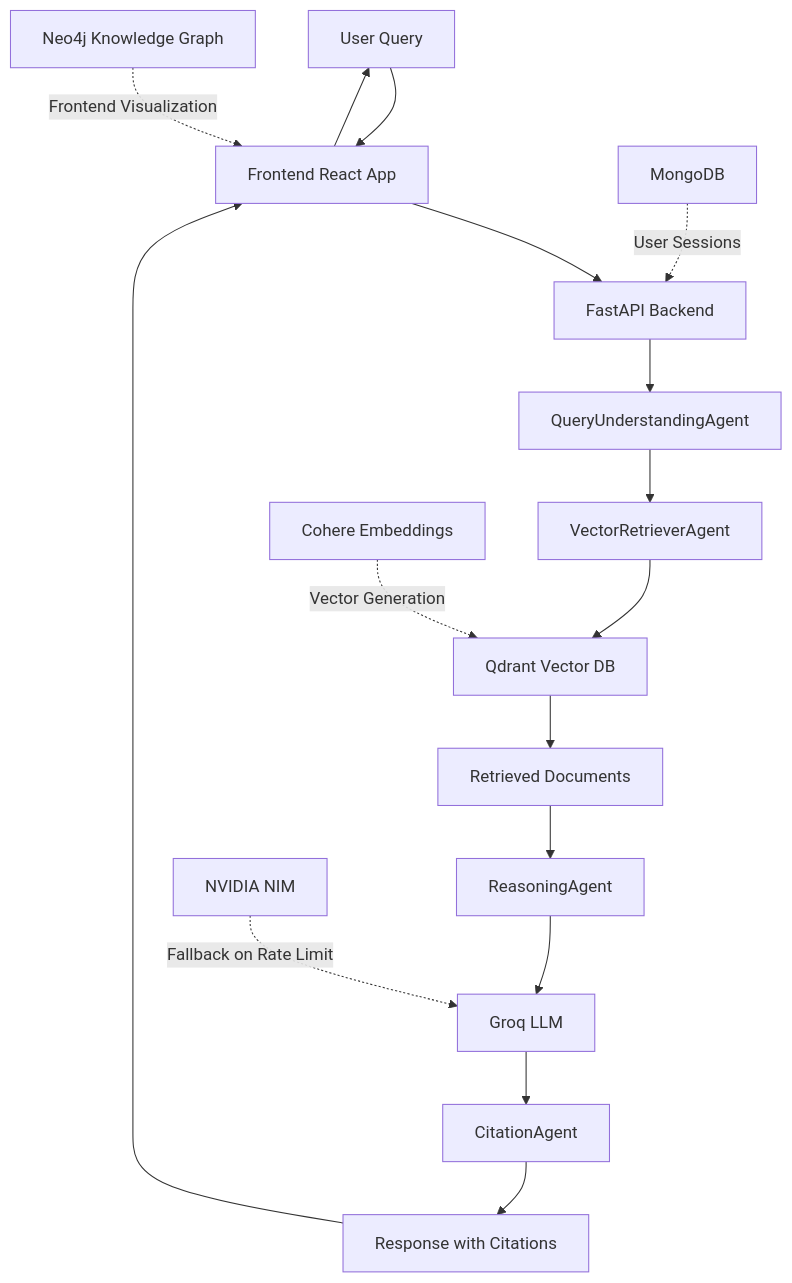
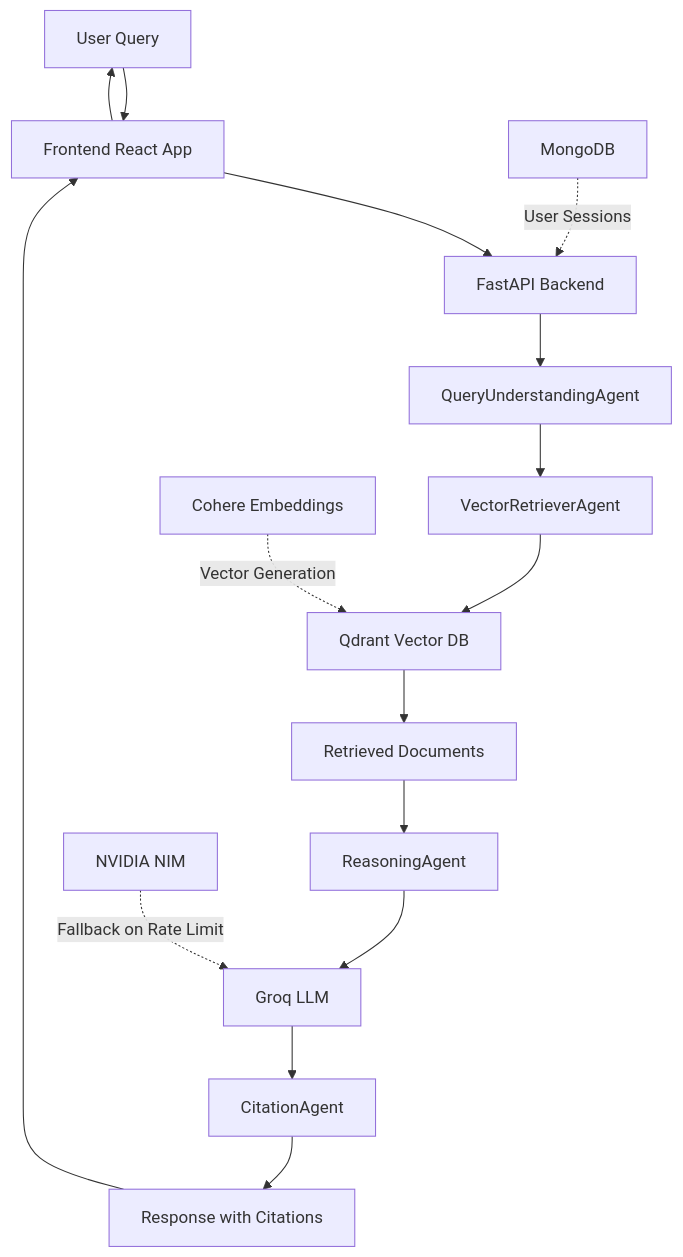
Before and after one commit to NalgondaLokesh/AyurPedia: the first of 2 diagrams in README.md, drawn with Mermaid. The commit also changed other lines of this file, not shown here.

````diff
--- a/README.md
+++ b/README.md
@@ -53,20 +51,19 @@
 ```mermaid
 graph TD
     A[User Query] --> B[Frontend React App]
     B --> C[FastAPI Backend]
     C --> D[QueryUnderstandingAgent]
     D --> E[VectorRetrieverAgent]
     E --> F[Qdrant Vector DB]
     F --> G[Retrieved Documents]
     G --> H[ReasoningAgent]
     H --> I[Groq LLM]
     I --> J[CitationAgent]
     J --> K[Response with Citations]
     K --> B
     B --> A
     
-    L[Neo4j Knowledge Graph] -.->|Frontend Visualization| B
     M[NVIDIA NIM] -.->|Fallback on Rate Limit| I
     N[MongoDB] -.->|User Sessions| C
     O[Cohere Embeddings] -.->|Vector Generation| F
 ```
````
